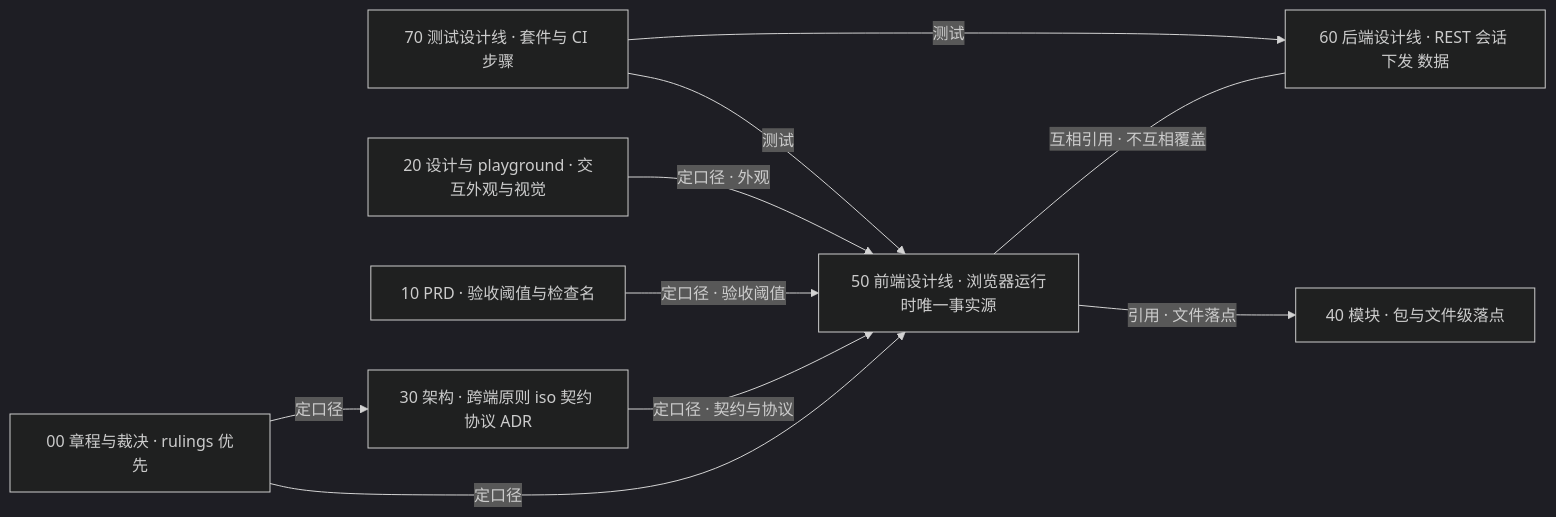
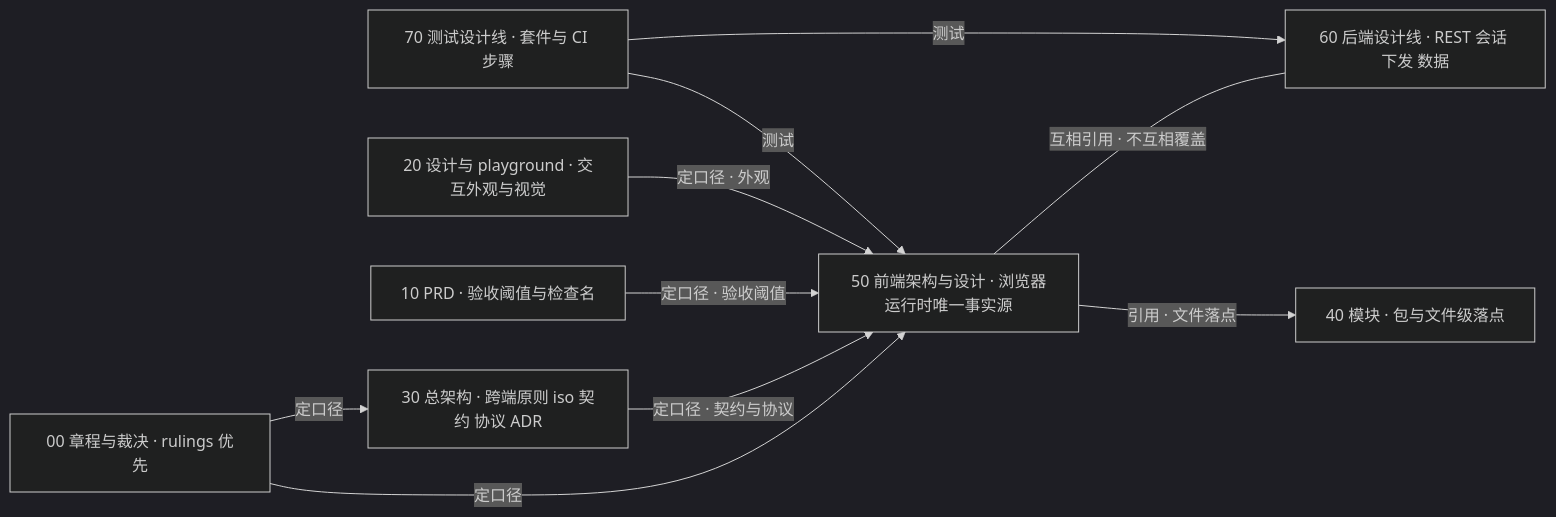
One commit to Xeonice/cordis-ppt-editor changed the first of 2 diagrams in docs/50-frontend/README.md. Above: the diagram before and after it, drawn with Mermaid (dark theme). The commit also changed other lines of this file and 22 other files, not shown here.

````diff
--- a/docs/50-frontend/README.md
+++ b/docs/50-frontend/README.md
@@ -33,20 +35,20 @@
 ```mermaid
 flowchart LR
   charter["00 章程与裁决 · rulings 优先"]
   prd["10 PRD · 验收阈值与检查名"]
   design["20 设计与 playground · 交互外观与视觉"]
-  arch["30 架构 · 跨端原则 iso 契约 协议 ADR"]
-  fe["50 前端设计线 · 浏览器运行时唯一事实源"]
+  arch["30 总架构 · 跨端原则 iso 契约 协议 ADR"]
+  fe["50 前端架构与设计 · 浏览器运行时唯一事实源"]
   be["60 后端设计线 · REST 会话 下发 数据"]
   te["70 测试设计线 · 套件与 CI 步骤"]
   mod["40 模块 · 包与文件级落点"]
   charter -->|"定口径"| arch
   charter -->|"定口径"| fe
   arch -->|"定口径 · 契约与协议"| fe
   prd -->|"定口径 · 验收阈值"| fe
   design -->|"定口径 · 外观"| fe
   fe ---|"互相引用 · 不互相覆盖"| be
   fe -->|"引用 · 文件落点"| mod
   te -->|"测试"| fe
   te -->|"测试"| be
 ```
````
